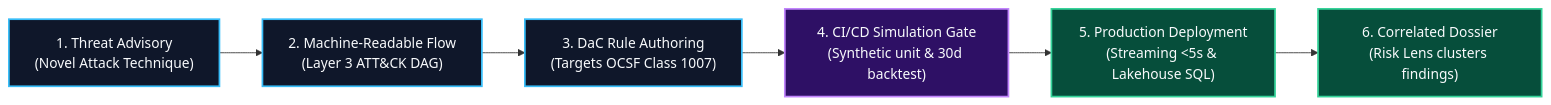
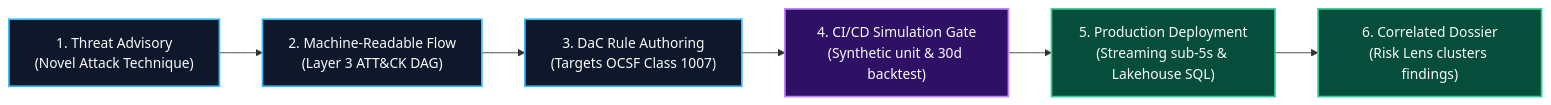
Before and after one commit to Haribu/TIDIR: the third of 3 diagrams in docs/architecture/01-system-overview.md, drawn with Mermaid. The commit also changed other lines of this file and 10 other files, not shown here.

````diff
--- a/docs/architecture/01-system-overview.md
+++ b/docs/architecture/01-system-overview.md
@@ -174,16 +218,16 @@
 ```mermaid
 flowchart LR
   %% Practitioner Steps
   classDef step fill:#0f172a,stroke:#38bdf8,stroke-width:2px,color:#f8fafc;
   classDef gate fill:#2e1065,stroke:#c084fc,stroke-width:2px,color:#f8fafc;
   classDef prod fill:#064e3b,stroke:#34d399,stroke-width:2px,color:#f8fafc;
 
   S1["1. Threat Advisory\n(Novel Attack Technique)"]:::step
   S2["2. Machine-Readable Flow\n(Layer 3 ATT&CK DAG)"]:::step
   S3["3. DaC Rule Authoring\n(Targets OCSF Class 1007)"]:::step
   S4["4. CI/CD Simulation Gate\n(Synthetic unit & 30d backtest)"]:::gate
-  S5["5. Production Deployment\n(Streaming <5s & Lakehouse SQL)"]:::prod
+  S5["5. Production Deployment\n(Streaming sub-5s & Lakehouse SQL)"]:::prod
   S6["6. Correlated Dossier\n(Risk Lens clusters findings)"]:::prod
 
   S1 --> S2 --> S3 --> S4 --> S5 --> S6
 ```
````
